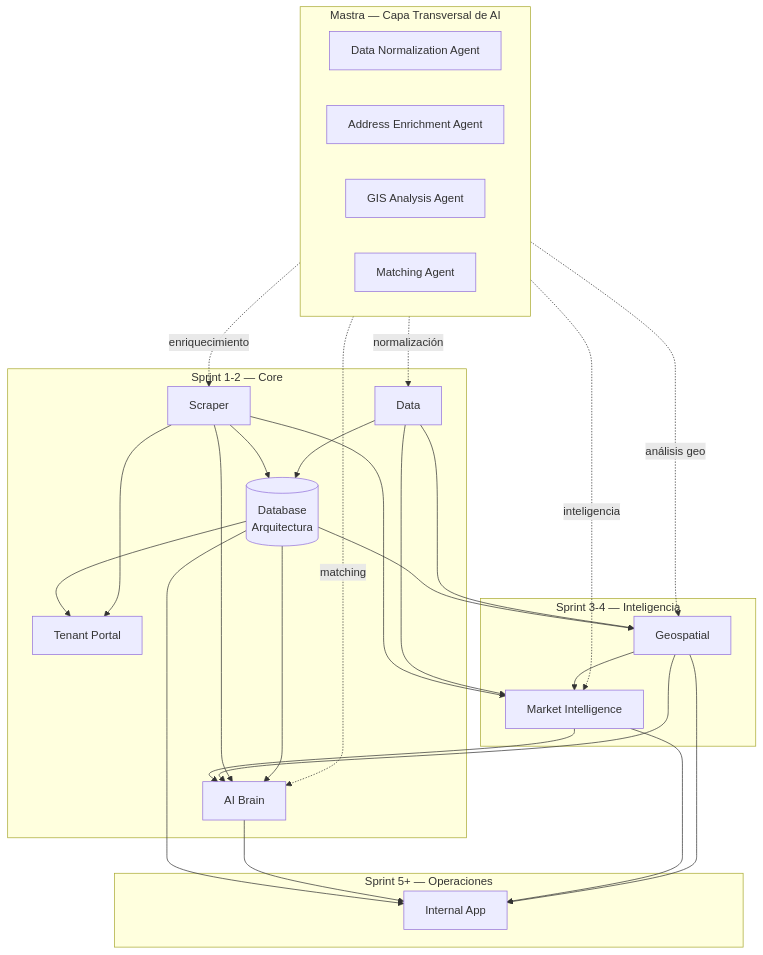
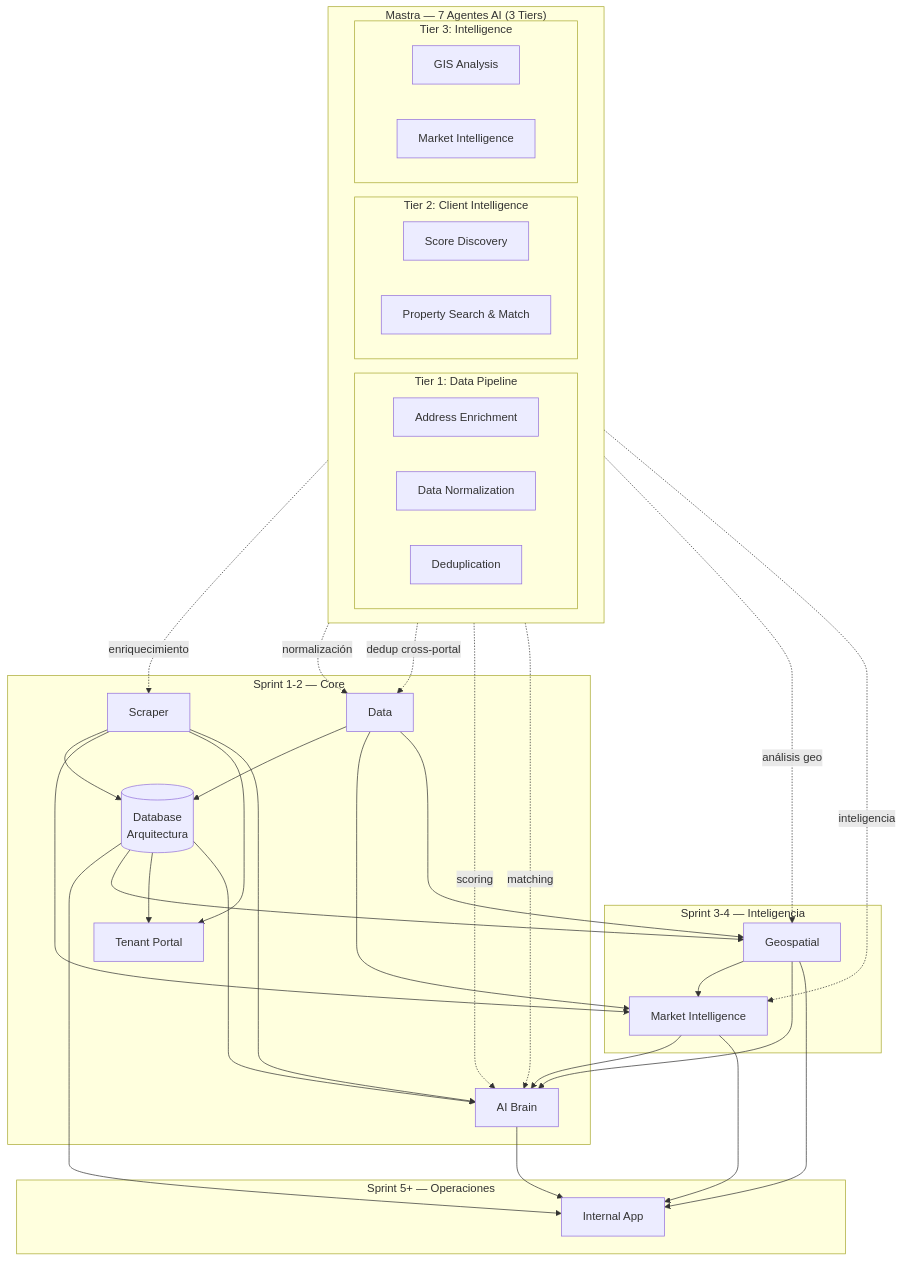
One commit to pablo-beiqa/beiqa-real-estate-platform changed the diagram in 01-Modules/README.md. Above: the diagram before and after it, drawn with Mermaid. The commit also changed other lines of this file and 18 other files, not shown here.

First line of the commit message:
docs(ai-brain): reestructurar módulo completo — 7 agentes, 3 tiers, 160+ criterios de scoring

````diff
--- a/01-Modules/README.md
+++ b/01-Modules/README.md
@@ -66,51 +66,62 @@
 ```mermaid
 flowchart TD
-    subgraph MASTRA["Mastra — Capa Transversal de AI"]
+    subgraph MASTRA["Mastra — 7 Agentes AI (3 Tiers)"]
         direction LR
-        MA_NORM[Data Normalization Agent]
-        MA_ADDR[Address Enrichment Agent]
-        MA_GIS[GIS Analysis Agent]
-        MA_MATCH[Matching Agent]
+        subgraph T1["Tier 1: Data Pipeline"]
+            MA_ADDR[Address Enrichment]
+            MA_NORM[Data Normalization]
+            MA_DEDUP[Deduplication]
+        end
+        subgraph T2["Tier 2: Client Intelligence"]
+            MA_SCORE[Score Discovery]
+            MA_SEARCH[Property Search & Match]
+        end
+        subgraph T3["Tier 3: Intelligence"]
+            MA_GIS[GIS Analysis]
+            MA_MI[Market Intelligence]
+        end
     end
 
     subgraph S1["Sprint 1-2 — Core"]
         SCR[Scraper]
         DB[(Database<br/>Arquitectura)]
         DATA[Data]
         AI[AI Brain]
         TP[Tenant Portal]
     end
 
     subgraph S2["Sprint 3-4 — Inteligencia"]
         GEO[Geospatial]
         MI[Market Intelligence]
     end
 
     subgraph S3["Sprint 5+ — Operaciones"]
         APP[Internal App]
     end
 
-    MASTRA -.->|enriquecimiento| SCR
-    MASTRA -.->|normalización| DATA
-    MASTRA -.->|análisis geo| GEO
-    MASTRA -.->|matching| AI
-    MASTRA -.->|inteligencia| MI
+    MA_ADDR -.->|enriquecimiento| SCR
+    MA_NORM -.->|normalización| DATA
+    MA_DEDUP -.->|dedup cross-portal| DATA
+    MA_SCORE -.->|scoring| AI
+    MA_SEARCH -.->|matching| AI
+    MA_GIS -.->|análisis geo| GEO
+    MA_MI -.->|inteligencia| MI
 
     SCR --> DB
     DATA --> DB
     DB --> APP
     DB --> GEO
     DB --> TP
     SCR --> MI
     SCR --> TP
     DATA --> MI
     DATA --> GEO
     GEO --> MI
     MI --> AI
     GEO --> AI
     SCR --> AI
     DB --> AI
     AI --> APP
     MI --> APP
     GEO --> APP
 ```
````
